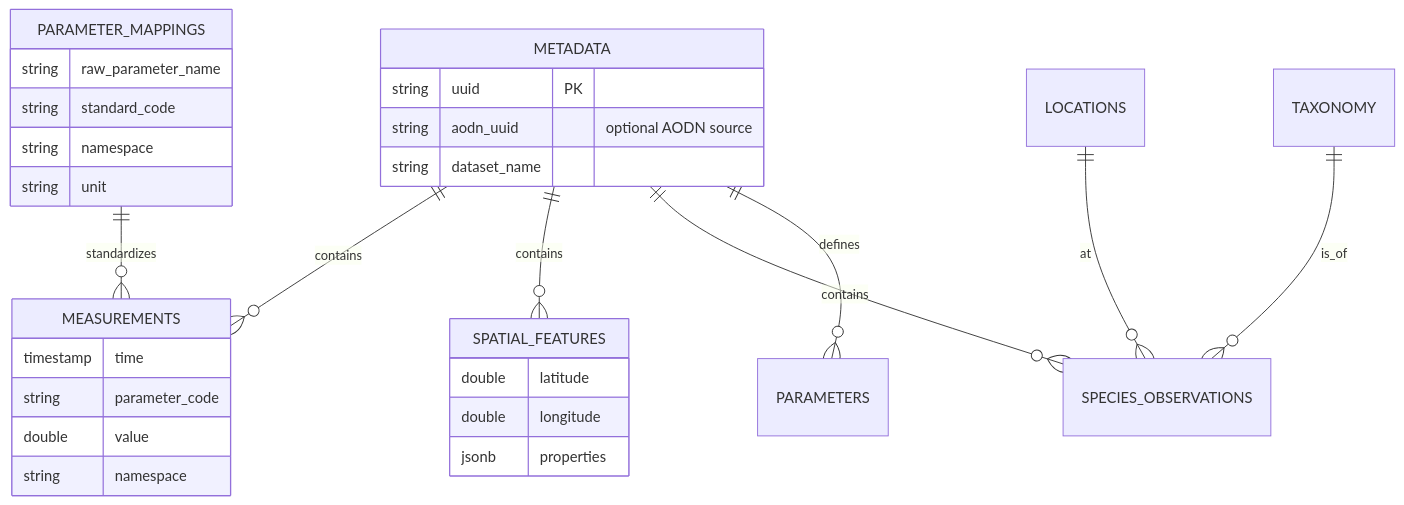
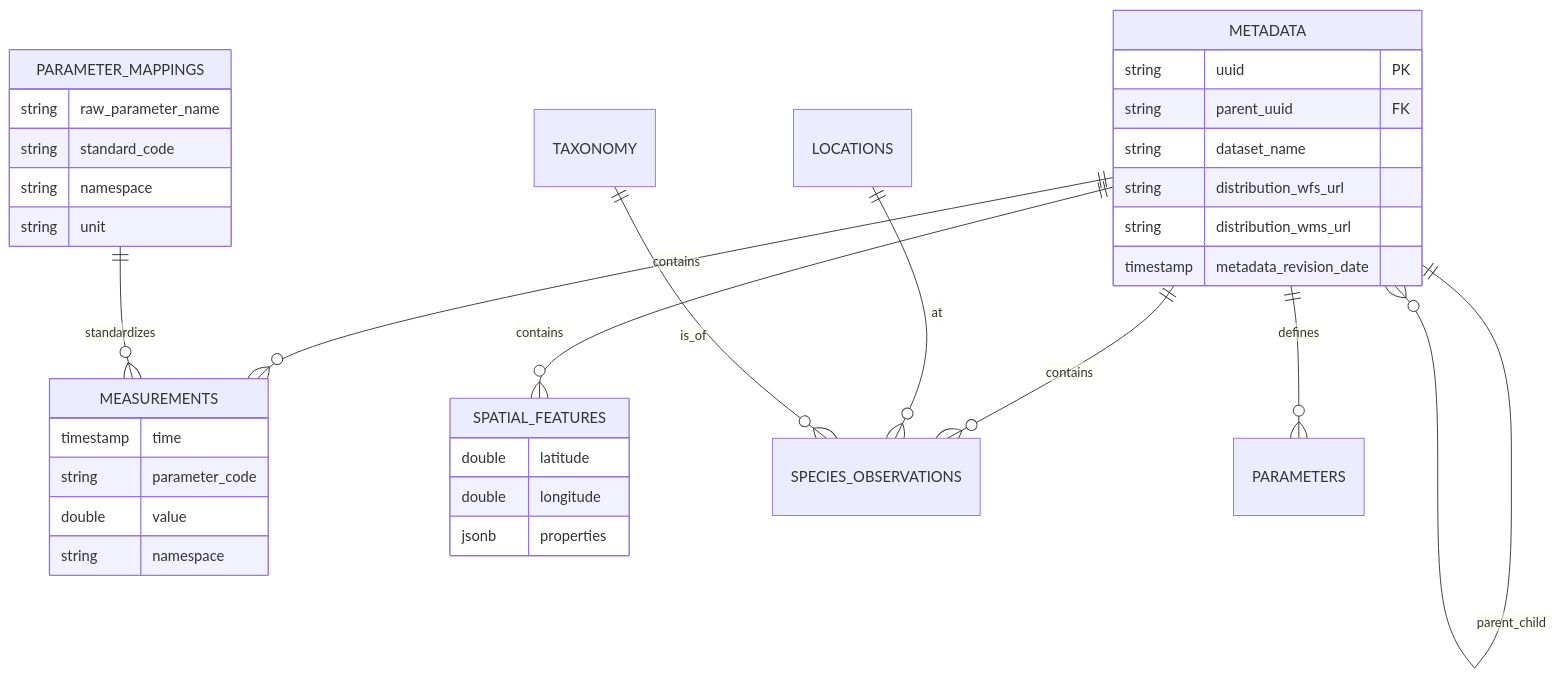
One commit to botheredbybees/huon-channel-marine-analytics changed the diagram in docs/database_schema.md. Above: the diagram before and after it, drawn with Mermaid. The commit also changed other lines of this file, not shown here.

Commit message:
docs: Update database_schema.md with enhanced metadata table fields

````diff
--- a/docs/database_schema.md
+++ b/docs/database_schema.md
@@ -407,38 +463,42 @@
 ```mermaid
 erDiagram
     METADATA ||--o{ MEASUREMENTS : contains
     METADATA ||--o{ SPATIAL_FEATURES : contains
     METADATA ||--o{ SPECIES_OBSERVATIONS : contains
     METADATA ||--o{ PARAMETERS : defines
+    METADATA ||--o{ METADATA : parent_child
 
     LOCATIONS ||--o{ SPECIES_OBSERVATIONS : at
     TAXONOMY ||--o{ SPECIES_OBSERVATIONS : is_of
     
     PARAMETER_MAPPINGS ||--o{ MEASUREMENTS : standardizes
 
     MEASUREMENTS {
         timestamp time
         string parameter_code
         double value
         string namespace
     }
     
     SPATIAL_FEATURES {
         double latitude
         double longitude
         jsonb properties
     }
     
     PARAMETER_MAPPINGS {
         string raw_parameter_name
         string standard_code
         string namespace
         string unit
     }
     
     METADATA {
         string uuid PK
-        string aodn_uuid "optional AODN source"
+        string parent_uuid FK
         string dataset_name
+        string distribution_wfs_url
+        string distribution_wms_url
+        timestamp metadata_revision_date
     }
 ```
````
